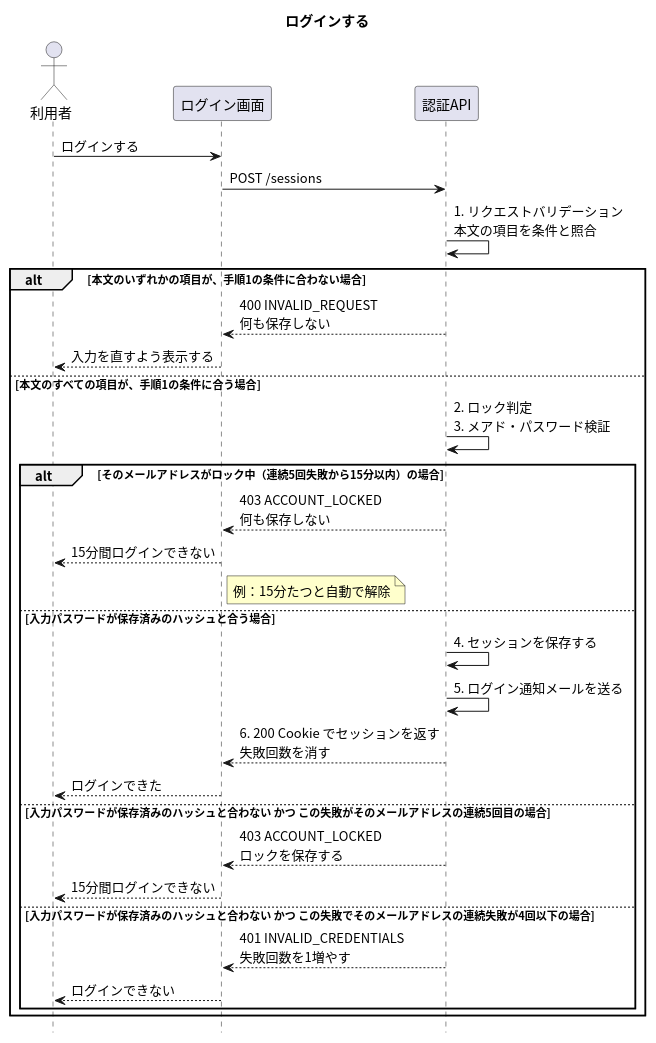
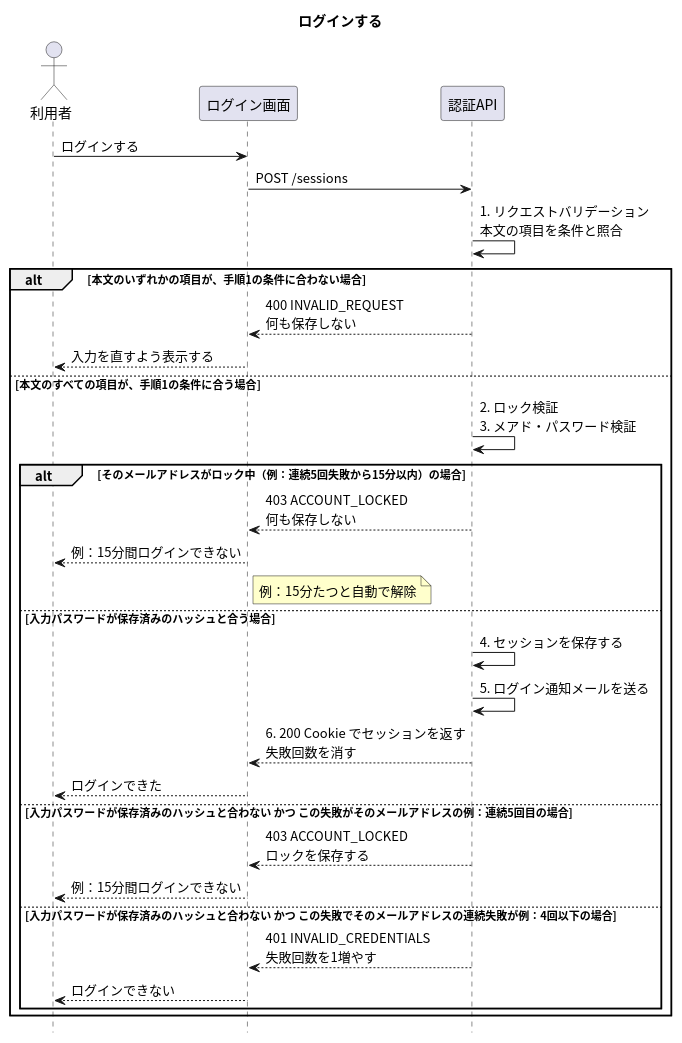
Before and after one commit to masamasamasato/design-doc-template: the diagram in apis/login/入口.puml, drawn with PlantUML. The commit also changed 40 other files, not shown here.

```diff
--- a/apis/login/入口.puml
+++ b/apis/login/入口.puml
@@ -1,39 +1,39 @@
 @startuml
 skinparam shadowing false
 skinparam defaultFontName "Noto Sans CJK JP"
 skinparam SequenceFontName "Noto Sans CJK JP"
 skinparam NoteBackgroundColor #FFFFCC
 hide footbox
 
 title ログインする
 
 actor "利用者" as User
 participant "ログイン画面" as Screen
 participant "認証API" as API
 
 User -> Screen : ログインする
 Screen -> API : POST /sessions
 API -> API : 1. リクエストバリデーション\n本文の項目を条件と照合
 alt 本文のいずれかの項目が、手順1の条件に合わない場合
   API --> Screen : 400 INVALID_REQUEST\n何も保存しない
   Screen --> User : 入力を直すよう表示する
 else 本文のすべての項目が、手順1の条件に合う場合
-  API -> API : 2. ロック判定\n3. メアド・パスワード検証
-  alt そのメールアドレスがロック中（連続5回失敗から15分以内）の場合
+  API -> API : 2. ロック検証\n3. メアド・パスワード検証
+  alt そのメールアドレスがロック中（例：連続5回失敗から15分以内）の場合
     API --> Screen : 403 ACCOUNT_LOCKED\n何も保存しない
-    Screen --> User : 15分間ログインできない
+    Screen --> User : 例：15分間ログインできない
     note right of Screen : 例：15分たつと自動で解除
   else 入力パスワードが保存済みのハッシュと合う場合
     API -> API : 4. セッションを保存する
     API -> API : 5. ログイン通知メールを送る
     API --> Screen : 6. 200 Cookie でセッションを返す\n失敗回数を消す
     Screen --> User : ログインできた
-  else 入力パスワードが保存済みのハッシュと合わない かつ この失敗がそのメールアドレスの連続5回目の場合
+  else 入力パスワードが保存済みのハッシュと合わない かつ この失敗がそのメールアドレスの例：連続5回目の場合
     API --> Screen : 403 ACCOUNT_LOCKED\nロックを保存する
-    Screen --> User : 15分間ログインできない
-  else 入力パスワードが保存済みのハッシュと合わない かつ この失敗でそのメールアドレスの連続失敗が4回以下の場合
+    Screen --> User : 例：15分間ログインできない
+  else 入力パスワードが保存済みのハッシュと合わない かつ この失敗でそのメールアドレスの連続失敗が例：4回以下の場合
     API --> Screen : 401 INVALID_CREDENTIALS\n失敗回数を1増やす
     Screen --> User : ログインできない
   end
 end
 @enduml
```
